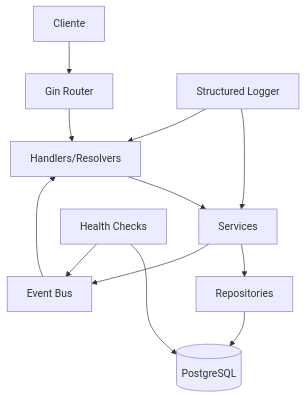
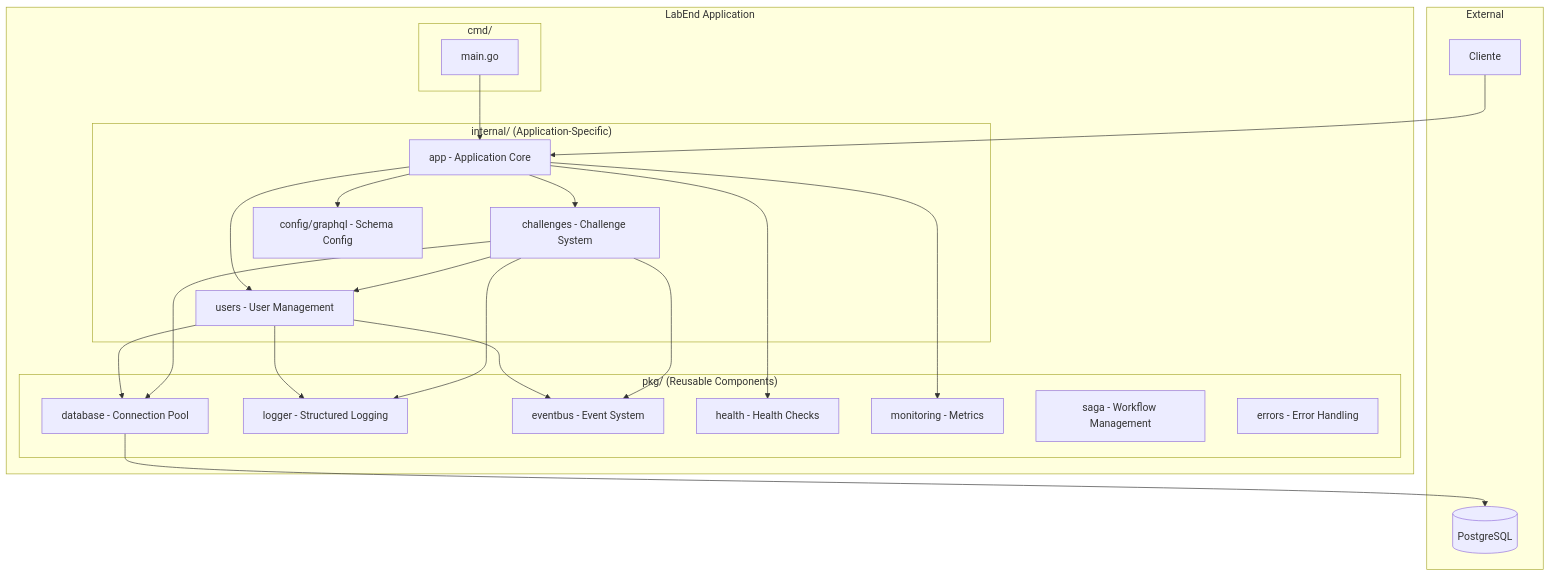
The diagram in README.md (rafaelcoelhox/labend), drawn with Mermaid before and after one commit. The commit also changed other lines of this file and 15 other files, not shown here.

````diff
--- a/README.md
+++ b/README.md
@@ -97,14 +57,51 @@
 ```mermaid
 graph TB
-    Client[Cliente] --> Router[Gin Router]
-    Router --> Handler[Handlers/Resolvers]
-    Handler --> Service[Services]
-    Service --> Repo[Repositories]
-    Repo --> DB[(PostgreSQL)]
-    Service --> EventBus[Event Bus]
-    EventBus --> Handler
-    Health[Health Checks] --> DB
-    Health --> EventBus
-    Logger[Structured Logger] --> Service
-    Logger --> Handler
+    subgraph "External"
+        Client[Cliente]
+        DB[(PostgreSQL)]
+    end
+    
+    subgraph "LabEnd Application"
+        subgraph "cmd/"
+            Main[main.go]
+        end
+        
+        subgraph "internal/ (Application-Specific)"
+            App[app - Application Core]
+            Users[users - User Management]
+            Challenges[challenges - Challenge System]
+            Config[config/graphql - Schema Config]
+        end
+        
+        subgraph "pkg/ (Reusable Components)"
+            Database[database - Connection Pool]
+            Logger[logger - Structured Logging]
+            EventBus[eventbus - Event System]
+            Health[health - Health Checks]
+            Monitoring[monitoring - Metrics]
+            Saga[saga - Workflow Management]
+            Errors[errors - Error Handling]
+        end
+    end
+    
+    Client --> App
+    App --> Users
+    App --> Challenges
+    App --> Config
+    
+    Users --> Database
+    Users --> Logger
+    Users --> EventBus
+    
+    Challenges --> Database
+    Challenges --> Logger
+    Challenges --> EventBus
+    Challenges --> Users
+    
+    App --> Health
+    App --> Monitoring
+    
+    Database --> DB
+    
+    Main --> App
 ```
````
